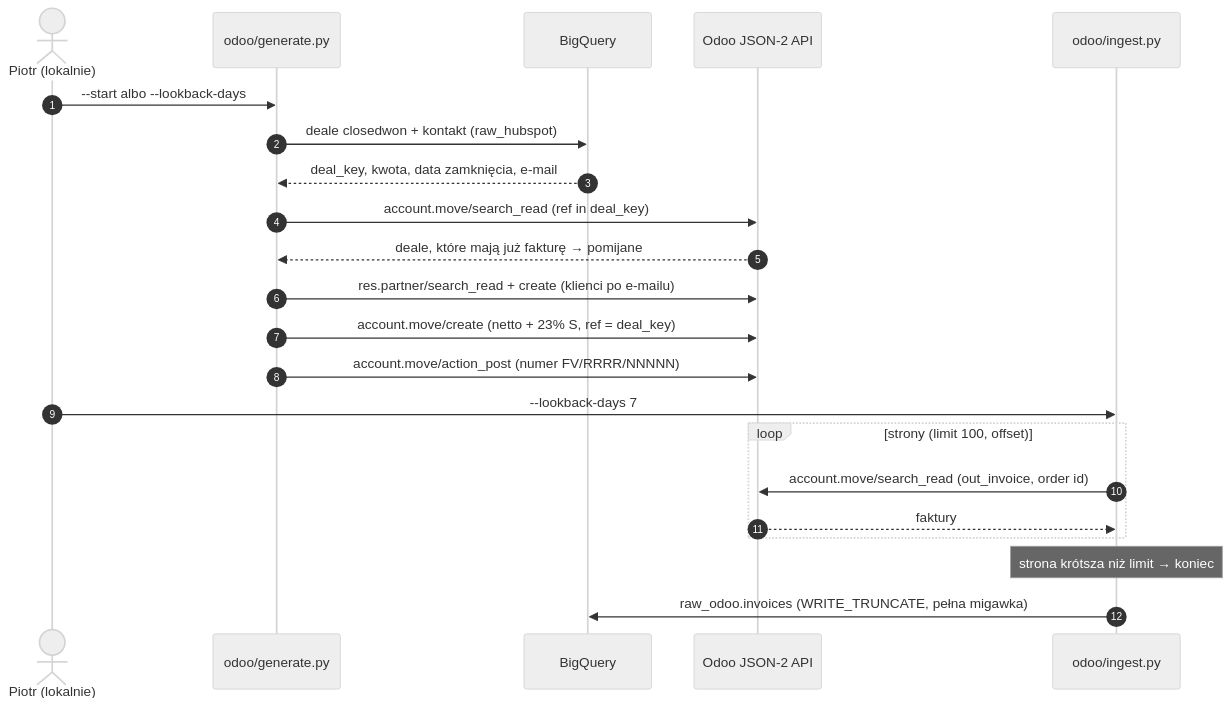
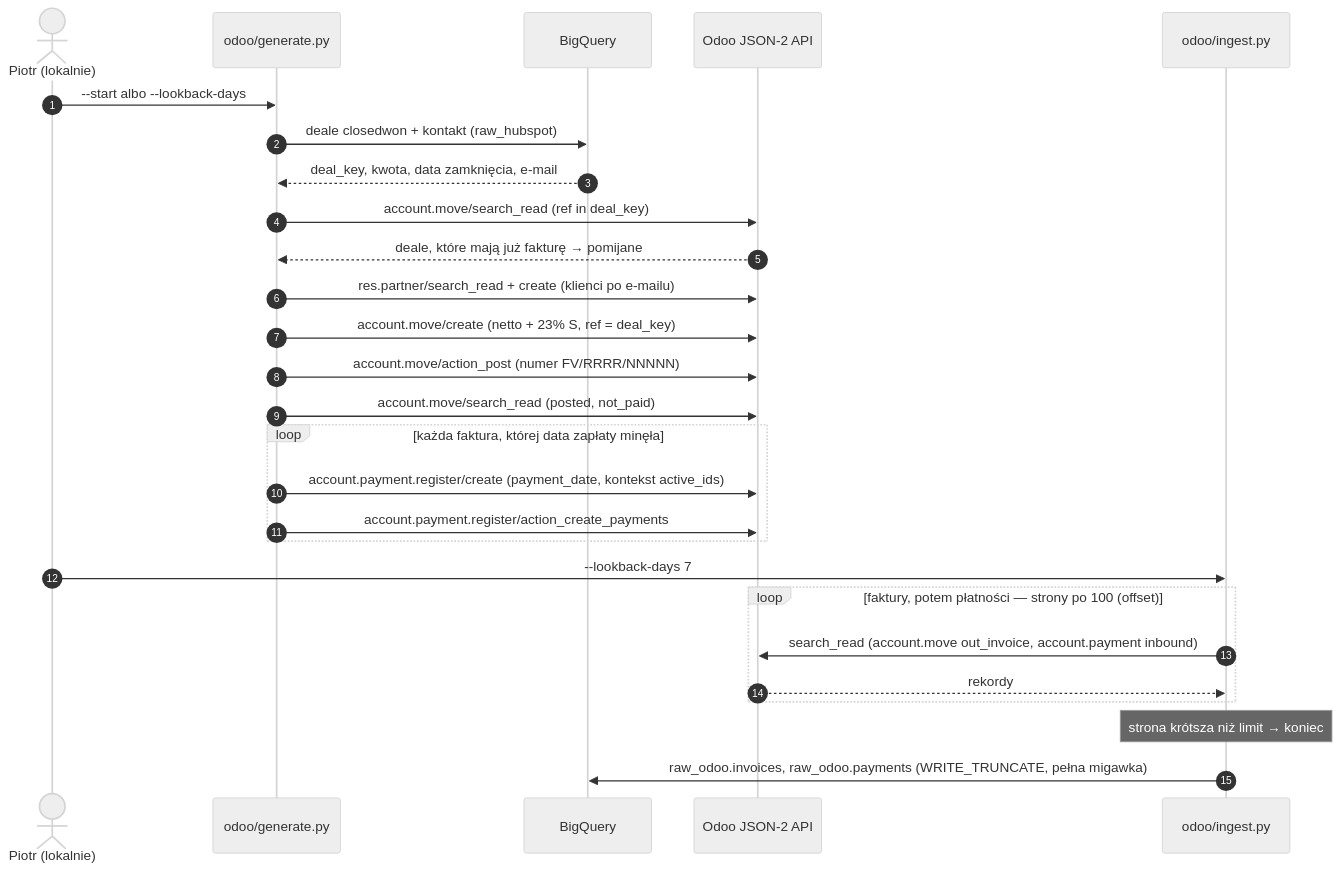
One commit to pmackowka/api-ingestion-lab changed the diagram in odoo/uml-diagram.md. Above: the diagram before and after it, drawn with Mermaid (neutral theme). The commit also changed other lines of this file and 6 other files, not shown here.

Commit message:
Add Odoo payments for invoices and payments snapshot

````diff
--- a/odoo/uml-diagram.md
+++ b/odoo/uml-diagram.md
@@ -5,25 +5,30 @@
 ```mermaid
 sequenceDiagram
     autonumber
     actor P as Piotr (lokalnie)
     participant G as odoo/generate.py
     participant BQ as BigQuery
     participant O as Odoo JSON-2 API
     participant I as odoo/ingest.py
 
     P->>G: --start albo --lookback-days
     G->>BQ: deale closedwon + kontakt (raw_hubspot)
     BQ-->>G: deal_key, kwota, data zamknięcia, e-mail
     G->>O: account.move/search_read (ref in deal_key)
     O-->>G: deale, które mają już fakturę → pomijane
     G->>O: res.partner/search_read + create (klienci po e-mailu)
     G->>O: account.move/create (netto + 23% S, ref = deal_key)
     G->>O: account.move/action_post (numer FV/RRRR/NNNNN)
+    G->>O: account.move/search_read (posted, not_paid)
+    loop każda faktura, której data zapłaty minęła
+        G->>O: account.payment.register/create (payment_date, kontekst active_ids)
+        G->>O: account.payment.register/action_create_payments
+    end
     P->>I: --lookback-days 7
-    loop strony (limit 100, offset)
-        I->>O: account.move/search_read (out_invoice, order id)
-        O-->>I: faktury
+    loop faktury, potem płatności — strony po 100 (offset)
+        I->>O: search_read (account.move out_invoice, account.payment inbound)
+        O-->>I: rekordy
     end
     Note over I: strona krótsza niż limit → koniec
-    I->>BQ: raw_odoo.invoices (WRITE_TRUNCATE, pełna migawka)
+    I->>BQ: raw_odoo.invoices, raw_odoo.payments (WRITE_TRUNCATE, pełna migawka)
 ```
````
